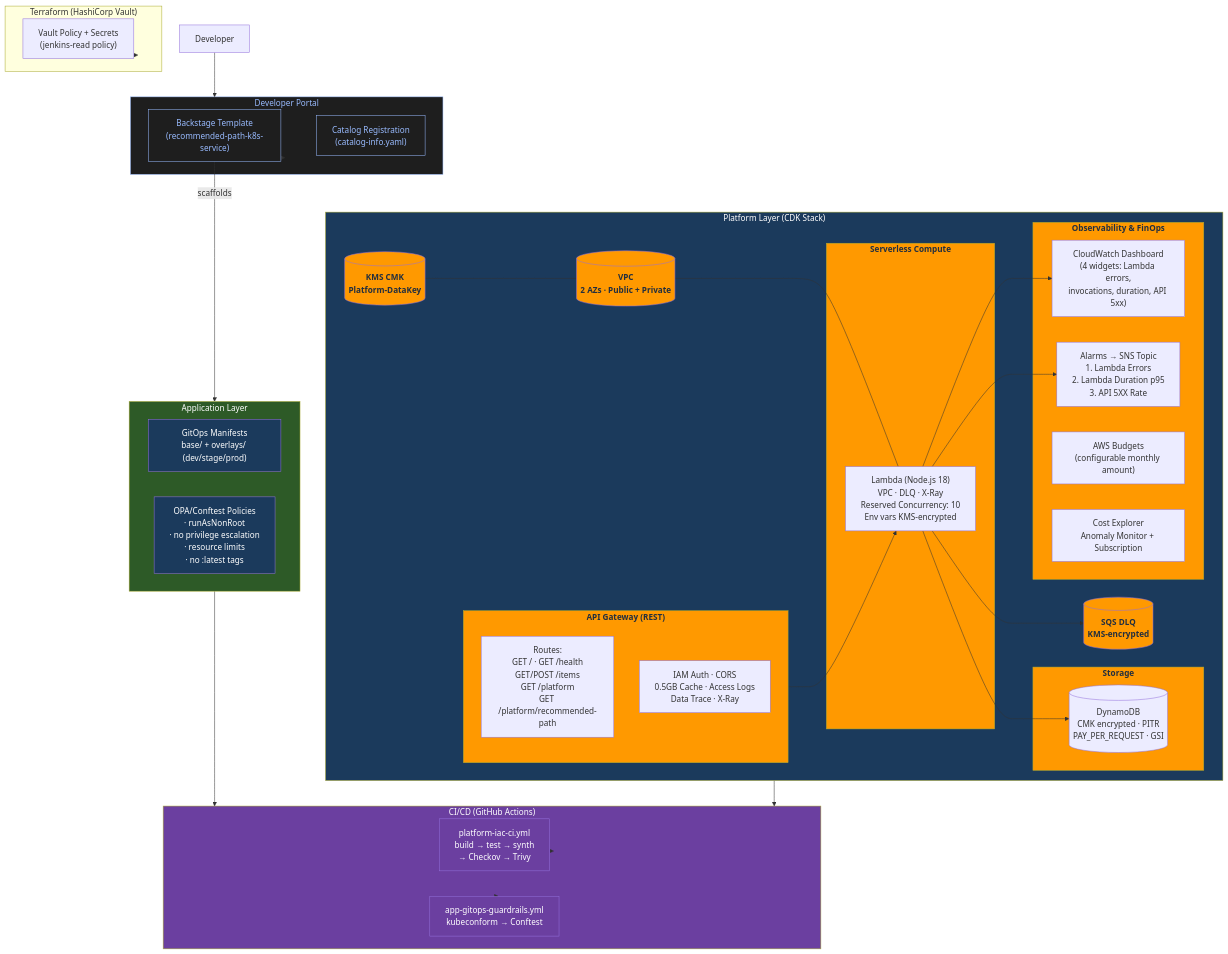
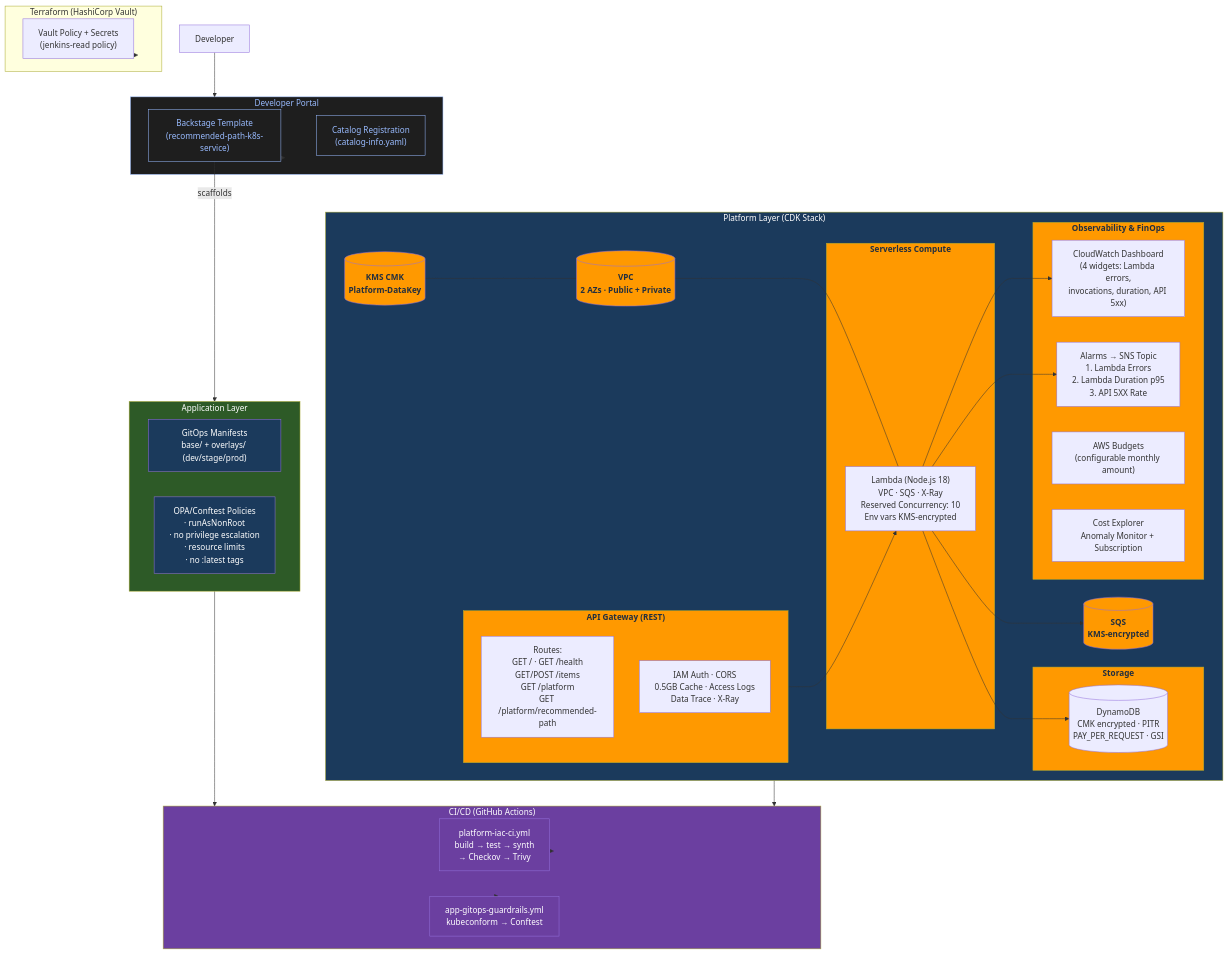
The diagram in README.md (tukue/InfraAsCodeWithCDK), drawn with Mermaid before and after one commit. The commit also changed other lines of this file, not shown here.

````diff
--- a/README.md
+++ b/README.md
@@ -27,76 +27,75 @@
 ```mermaid
 %%{init: {"themeVariables": {"fontFamily": "monospace"}}}%%
 graph TB
     subgraph Platform["Platform Layer (CDK Stack)"]
         KMS[("KMS CMK<br/>Platform-DataKey")]
         VPC[("VPC<br/>2 AZs · Public + Private")]
-        SQS[("SQS DLQ<br/>KMS-encrypted")]
-        
+        SQS[("SQS<br/>KMS-encrypted")]
         subgraph Compute["Serverless Compute"]
-            Lambda["Lambda (Node.js 18)<br/>VPC · DLQ · X-Ray<br/>Reserved Concurrency: 10<br/>Env vars KMS-encrypted"]
+            Lambda["Lambda (Node.js 18)<br/>VPC · SQS · X-Ray<br/>Reserved Concurrency: 10<br/>Env vars KMS-encrypted"]
         end
 
         subgraph API["API Gateway (REST)"]
             Routes["Routes:<br/>GET / · GET /health<br/>GET/POST /items<br/>GET /platform<br/>GET /platform/recommended-path"]
             APIConfig["IAM Auth · CORS<br/>0.5GB Cache · Access Logs<br/>Data Trace · X-Ray"]
         end
 
         subgraph Storage["Storage"]
             DDB[("DynamoDB<br/>CMK encrypted · PITR<br/>PAY_PER_REQUEST · GSI")]
         end
 
         subgraph Observability["Observability & FinOps"]
             CW_DB["CloudWatch Dashboard<br/>(4 widgets: Lambda errors,<br/>invocations, duration, API 5xx)"]
             CW_AL["Alarms → SNS Topic<br/>1. Lambda Errors<br/>2. Lambda Duration p95<br/>3. API 5XX Rate"]
             BUDGET["AWS Budgets<br/>(configurable monthly amount)"]
             CE["Cost Explorer<br/>Anomaly Monitor + Subscription"]
         end
 
         KMS --- VPC
         VPC --- Lambda
         Lambda --> DDB
         Lambda --> SQS
         API --> Lambda
         Lambda --> CW_DB
         Lambda --> CW_AL
     end
 
     subgraph AppLayer["Application Layer"]
         GITOPS["GitOps Manifests<br/>base/ + overlays/ (dev/stage/prod)"]
         POLICY["OPA/Conftest Policies<br/>· runAsNonRoot<br/>· no privilege escalation<br/>· resource limits<br/>· no :latest tags"]
     end
 
     subgraph Backstage["Developer Portal"]
         TEMPLATE["Backstage Template<br/>(recommended-path-k8s-service)"]
         CATALOG["Catalog Registration<br/>(catalog-info.yaml)"]
     end
 
     subgraph CICD["CI/CD (GitHub Actions)"]
         IAACI["platform-iac-ci.yml<br/>build → test → synth<br/>→ Checkov → Trivy"]
         GITOPS_CI["app-gitops-guardrails.yml<br/>kubeconform → Conftest"]
     end
 
     subgraph Terraform["Terraform (HashiCorp Vault)"]
         VAULT["Vault Policy + Secrets<br/>(jenkins-read policy)"]
     end
 
     Developer --> Backstage
     Backstage --> TEMPLATE
     TEMPLATE --> |scaffolds| AppLayer
     AppLayer --> CICD
     Platform --> CICD
     CICD --> IAACI
     CICD --> GITOPS_CI
     Terraform --> VAULT
 
     classDef aws fill:#FF9900,color:#232F3E,font-weight:bold
     classDef platform fill:#1B3A5C,color:#fff
     classDef app fill:#2D5A27,color:#fff
     classDef cicd fill:#6B3FA0,color:#fff
     classDef backstage fill:#1E1E1E,color:#9bf,stroke:#9bf
     class KMS,VPC,SQS,Compute,API,Storage,Observability aws
     class Platform,GITOPS,POLICY platform
     class AppLayer app
     class CICD,IAACI,GITOPS_CI cicd
     class Backstage,TEMPLATE,CATALOG backstage
 ```
````
